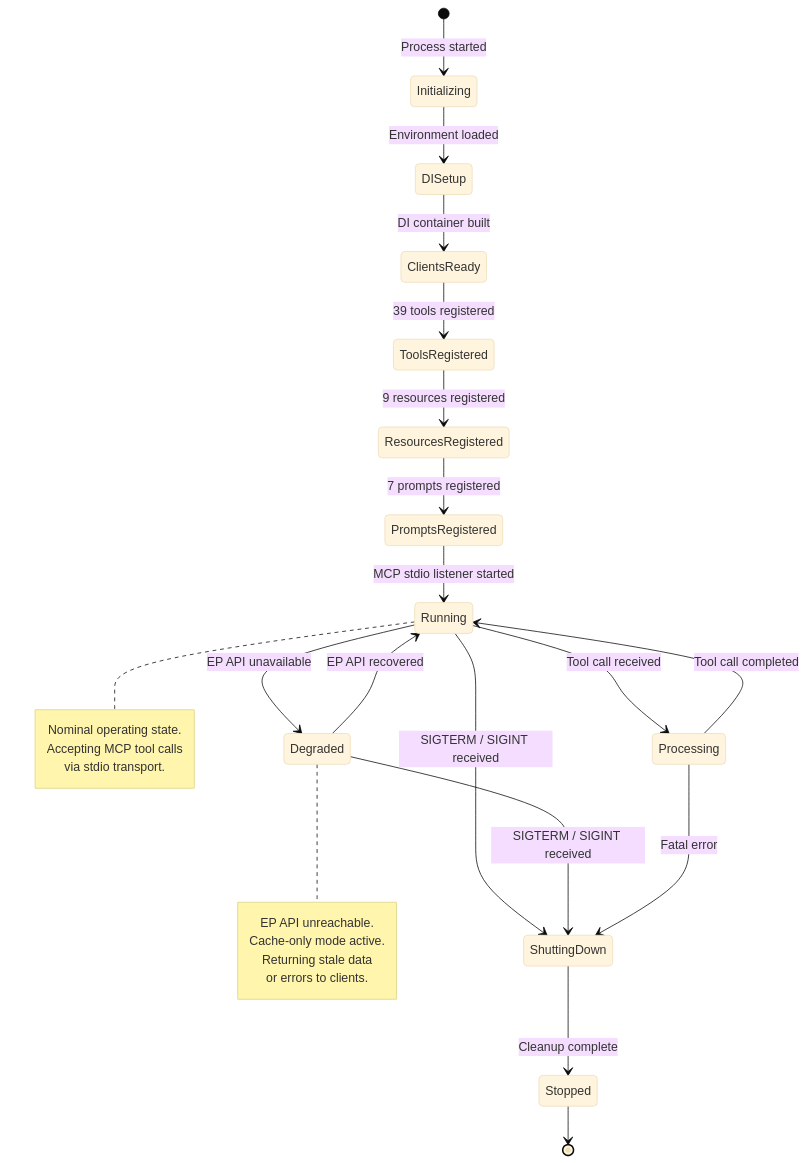
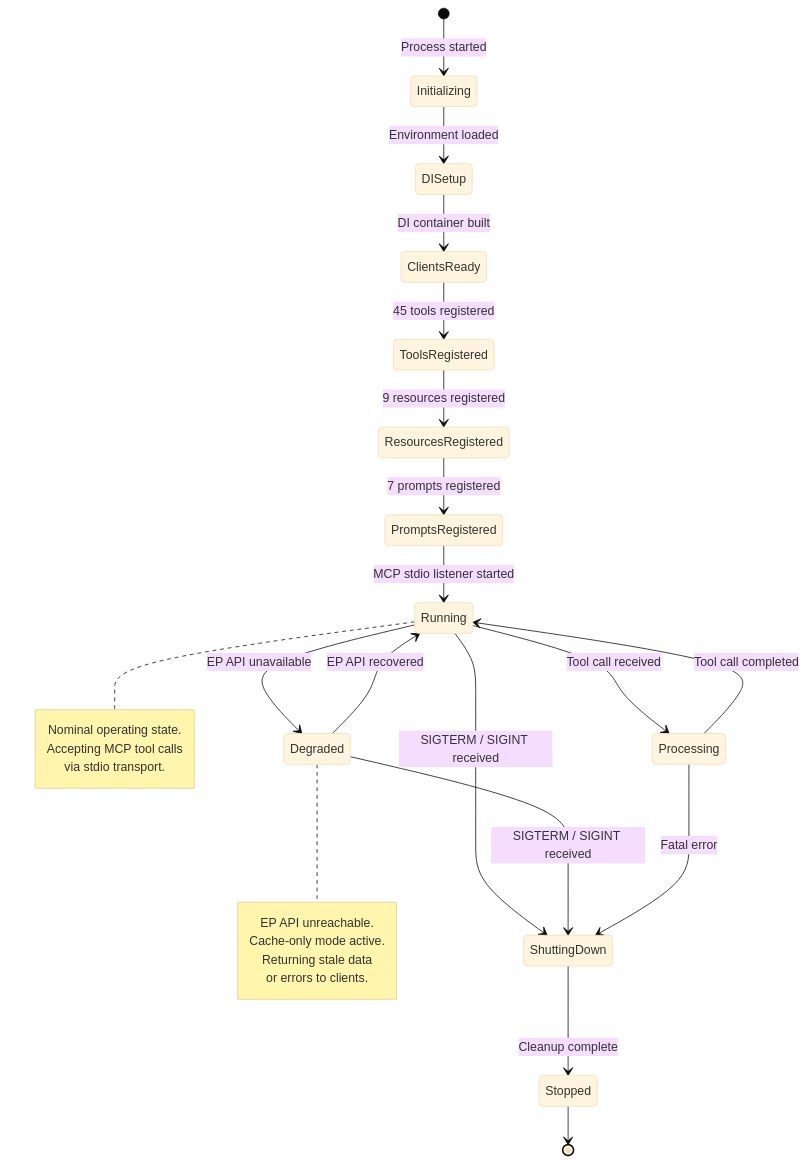
Before and after one commit to Hack23/European-Parliament-MCP-Server: the first of 6 diagrams in STATEDIAGRAM.md, drawn with Mermaid (base theme). The commit also changed other lines of this file and 35 other files, not shown here.

````diff
--- a/STATEDIAGRAM.md
+++ b/STATEDIAGRAM.md
@@ -54,37 +54,37 @@
 ```mermaid
 stateDiagram-v2
     [*] --> Initializing : Process started
 
     Initializing --> DISetup : Environment loaded
     DISetup --> ClientsReady : DI container built
-    ClientsReady --> ToolsRegistered : 39 tools registered
+    ClientsReady --> ToolsRegistered : 45 tools registered
     ToolsRegistered --> ResourcesRegistered : 9 resources registered
     ResourcesRegistered --> PromptsRegistered : 7 prompts registered
     PromptsRegistered --> Running : MCP stdio listener started
 
     Running --> Processing : Tool call received
     Processing --> Running : Tool call completed
 
     Running --> Degraded : EP API unavailable
     Degraded --> Running : EP API recovered
 
     Running --> ShuttingDown : SIGTERM / SIGINT received
     Degraded --> ShuttingDown : SIGTERM / SIGINT received
     Processing --> ShuttingDown : Fatal error
 
     ShuttingDown --> Stopped : Cleanup complete
     Stopped --> [*]
 
     note right of Running
         Nominal operating state.
         Accepting MCP tool calls
         via stdio transport.
     end note
 
     note right of Degraded
         EP API unreachable.
         Cache-only mode active.
         Returning stale data
         or errors to clients.
     end note
 ```
````
